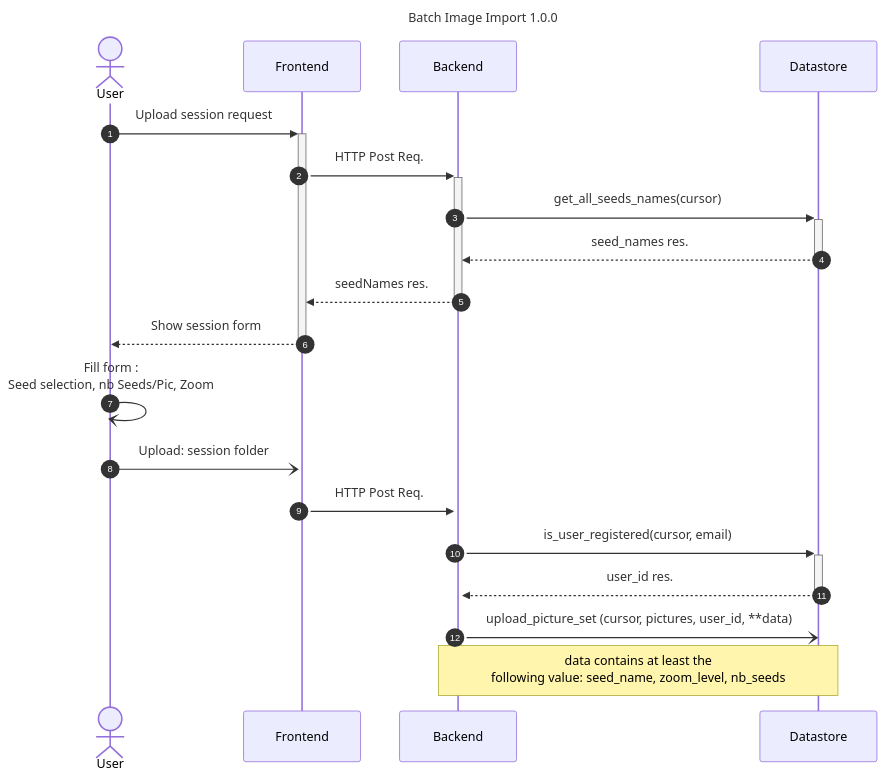
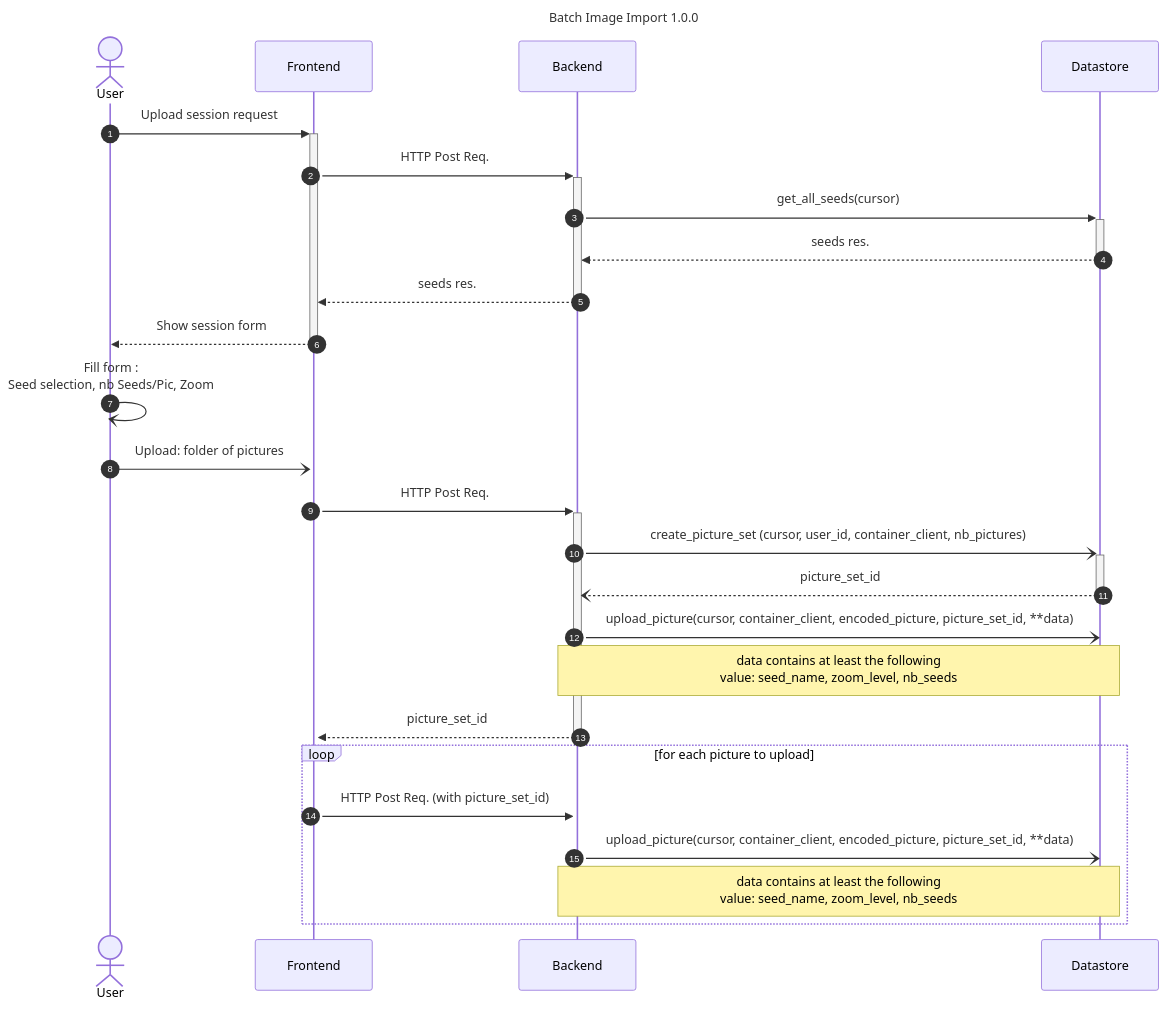
Before and after one commit to ai-cfia/nachet-backend: the diagram in docs/nachet-batch-import-documentation.md, drawn with Mermaid. The commit also changed other lines of this file and 3 other files, not shown here.

Commit message:
create picture set #74

````diff
--- a/docs/nachet-batch-import-documentation.md
+++ b/docs/nachet-batch-import-documentation.md
@@ -23,23 +23,29 @@
 ```mermaid
 sequenceDiagram;
    title: Batch Image Import 1.0.0
   autonumber
   actor User
   participant Frontend
   participant Backend
   participant Datastore
 
     User ->>+Frontend: Upload session request
     Frontend->>+Backend: HTTP Post Req.
-    Backend->>+Datastore: get_all_seeds_names(cursor)
-    Datastore-->>-Backend: seed_names res.
-    Backend-->>-Frontend: seedNames res.
+    Backend->>+Datastore: get_all_seeds(cursor)
+    Datastore-->>-Backend: seeds res.
+    Backend-->>-Frontend: seeds res.
     Frontend -->>-User: Show session form
     User -) User: Fill form :<br> Seed selection, nb Seeds/Pic, Zoom
-    User -)+Frontend: Upload: session folder
+    User -)+Frontend: Upload: folder of pictures
     Frontend ->>+Backend: HTTP Post Req.
-    Backend->>+Datastore: is_user_registered(cursor, email)
-    Datastore-->>-Backend: user_id res.
-    Backend -)Datastore: upload_picture_set (cursor, pictures, user_id, **data)
-    Note over Backend, Datastore: data contains at least the <br> following value: seed_name, zoom_level, nb_seeds
+    Backend -)+ Datastore: create_picture_set (cursor, user_id, container_client, nb_pictures)
+    Datastore --)- Backend : picture_set_id
+    Backend -)Datastore: upload_picture(cursor, container_client, encoded_picture, picture_set_id, **data)
+    Note over Backend, Datastore: data contains at least the following <br>  value: seed_name, zoom_level, nb_seeds
+    Backend -->>- Frontend : picture_set_id
+    loop for each picture to upload
+    Frontend ->>+Backend: HTTP Post Req. (with picture_set_id)
+    Backend -)Datastore: upload_picture(cursor, container_client, encoded_picture, picture_set_id, **data)
+    Note over Backend, Datastore: data contains at least the following <br>  value: seed_name, zoom_level, nb_seeds
+    end
 ```
````
